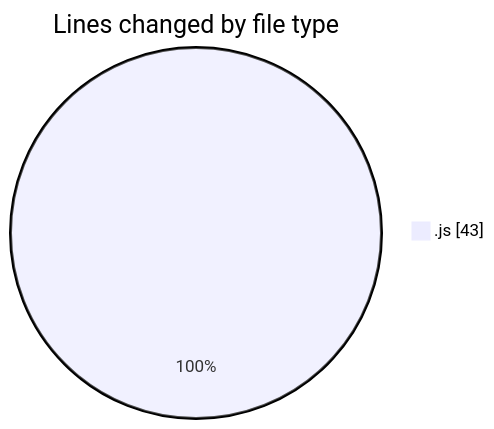
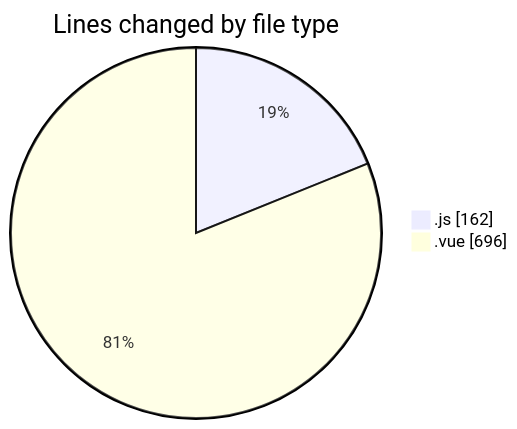
The first of 2 diagrams in 2025-08-17/rentotp/README.md (lephambinh05/code-tracking), drawn with Mermaid before and after one commit. The commit also changed other lines of this file and 1 other file, not shown here.

````diff
--- a/2025-08-17/rentotp/README.md
+++ b/2025-08-17/rentotp/README.md
@@ -20,5 +23,6 @@
 ```mermaid
 pie showData
 title Lines changed by file type
-".js" : 43
+".js" : 162
+".vue" : 696
 ```
````
